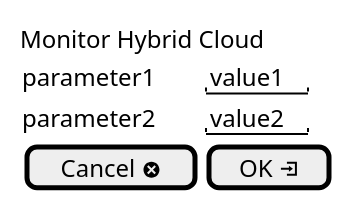
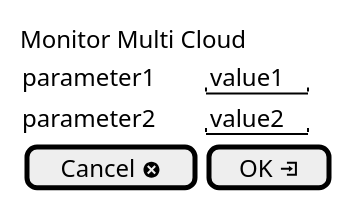
The diagram in docs/UseCases/Manage-Cloud/Monitor-Hybrid-CloudWeb.puml (CAADE/edgeville), drawn with PlantUML before and after one commit. The commit also changed 269 other files, not shown here.

```diff
--- a/docs/UseCases/Manage-Cloud/Monitor-Hybrid-CloudWeb.puml
+++ b/docs/UseCases/Manage-Cloud/Monitor-Hybrid-CloudWeb.puml
@@ -1,13 +1,13 @@
 @startuml
 
 salt
 {
-  Monitor Hybrid Cloud
+  Monitor Multi Cloud
   {
       parameter1 | "value1"
       parameter2 | "value2"
       [ Cancel <&circle-x>] | [ OK <&account-login> ]
   }
 }
 
 @enduml
```
